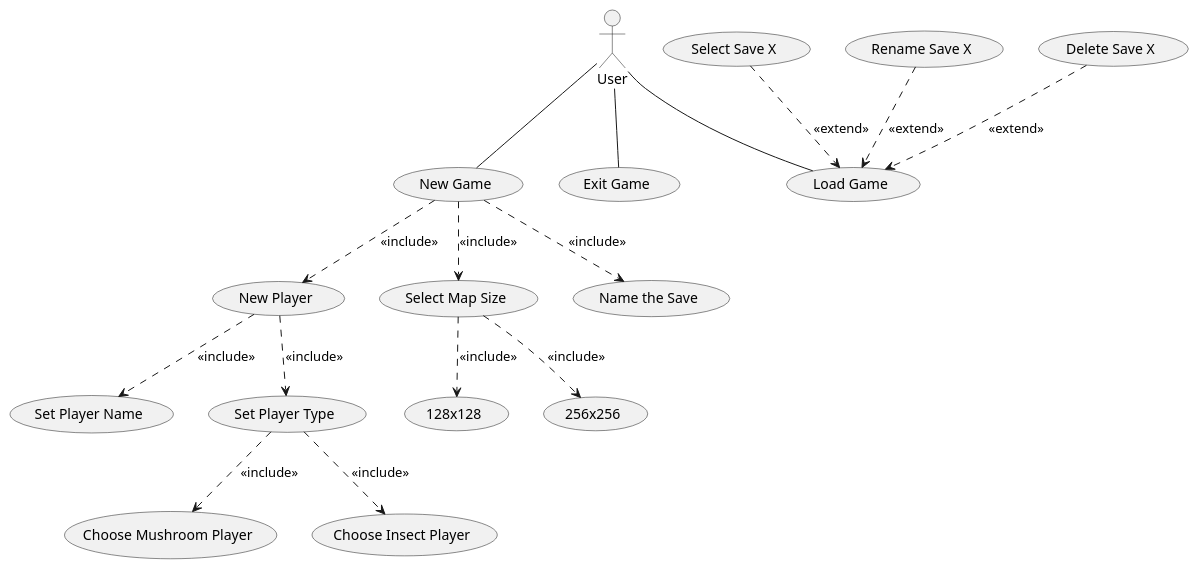
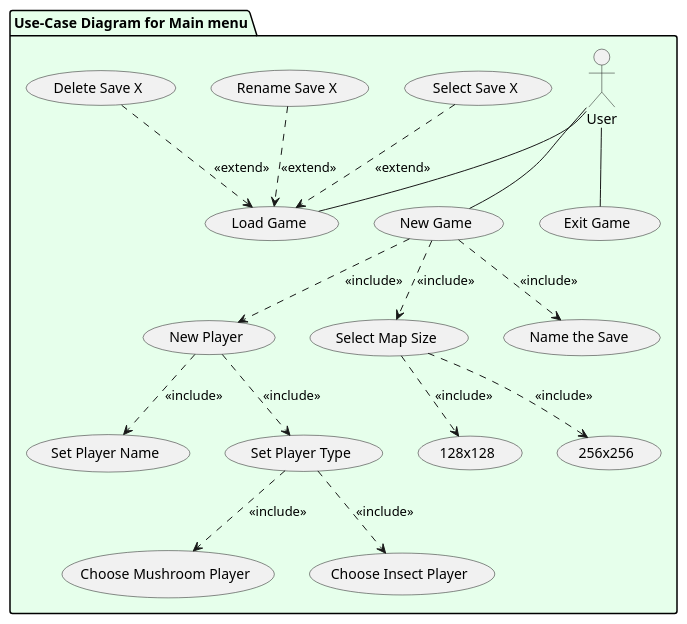
One commit to Harcipan/Projlab_nullpointerexception changed the diagram in diagrams/diagramFiles/UC_MainMenu.puml. Above: the diagram before and after it, drawn with PlantUML. The commit also changed 1 other file, not shown here.

Commit message:
fixed plantuml mistakees

```diff
--- a/diagrams/diagramFiles/UC_MainMenu.puml
+++ b/diagrams/diagramFiles/UC_MainMenu.puml
@@ -1,54 +1,54 @@
 @startuml
-
+package "Use-Case Diagram for Main menu" #E6FFEB {
 actor User 
 
 usecase "New Game" as UC_NewGame
 usecase "Load Game" as UC_LoadGame
 usecase "Exit Game" as UC_ExitGame
 
 User -- UC_NewGame
 User -- UC_LoadGame
 User -- UC_ExitGame
 
 'new game
 
 usecase UC_NewPlayer as "New Player"
 usecase UC_SelMapSize as "Select Map Size"
 usecase UC_NameSave as "Name the Save"
 
 UC_NewGame  ..> UC_NewPlayer : <<include>>
 UC_NewGame  ..> UC_SelMapSize : <<include>>
 UC_NewGame  ..> UC_NameSave : <<include>>
 
 'select map size
 usecase UC_SetMapSize128 as "128x128"
 usecase UC_SetMapSize256 as "256x256"
 
 UC_SelMapSize  ..> UC_SetMapSize128 : <<include>>
 UC_SelMapSize  ..> UC_SetMapSize256 : <<include>>
 
 'new player
 usecase UC_SetPlayerName as "Set Player Name"
 usecase UC_SetPlayerType as "Set Player Type"
 
 UC_NewPlayer  ..> UC_SetPlayerName : <<include>>
 UC_NewPlayer  ..> UC_SetPlayerType : <<include>>
 
 'player types
 usecase UC_SetMushroomPlayer as "Choose Mushroom Player"
 usecase UC_SetInsectPlayer as "Choose Insect Player"
 
 UC_SetPlayerType  ..> UC_SetMushroomPlayer : <<include>>
 UC_SetPlayerType  ..> UC_SetInsectPlayer : <<include>>
 
 'load game
 usecase UC_SelectSave as "Select Save X"
 usecase UC_RenameSave as "Rename Save X"
 usecase UC_DeleteSave as "Delete Save X"
 
 UC_SelectSave ..> UC_LoadGame : <<extend>>
 UC_RenameSave ..> UC_LoadGame : <<extend>>
 UC_DeleteSave ..> UC_LoadGame : <<extend>>
 
-
+}
 @enduml
```
